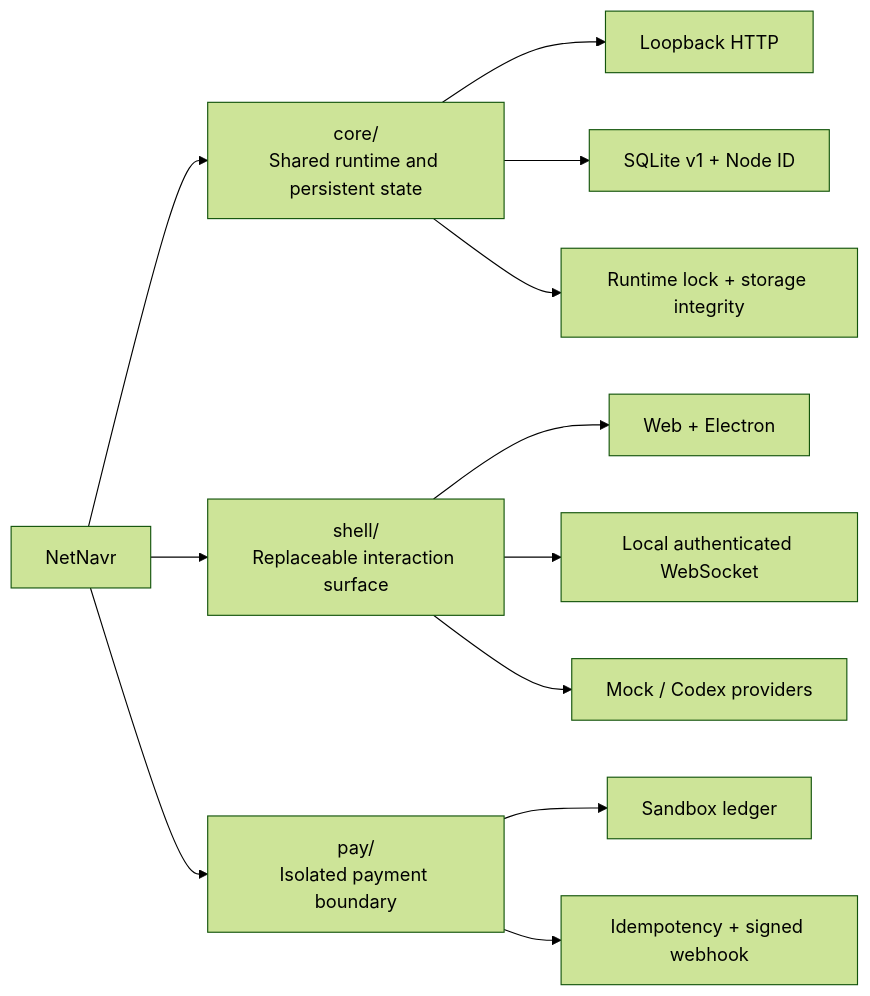
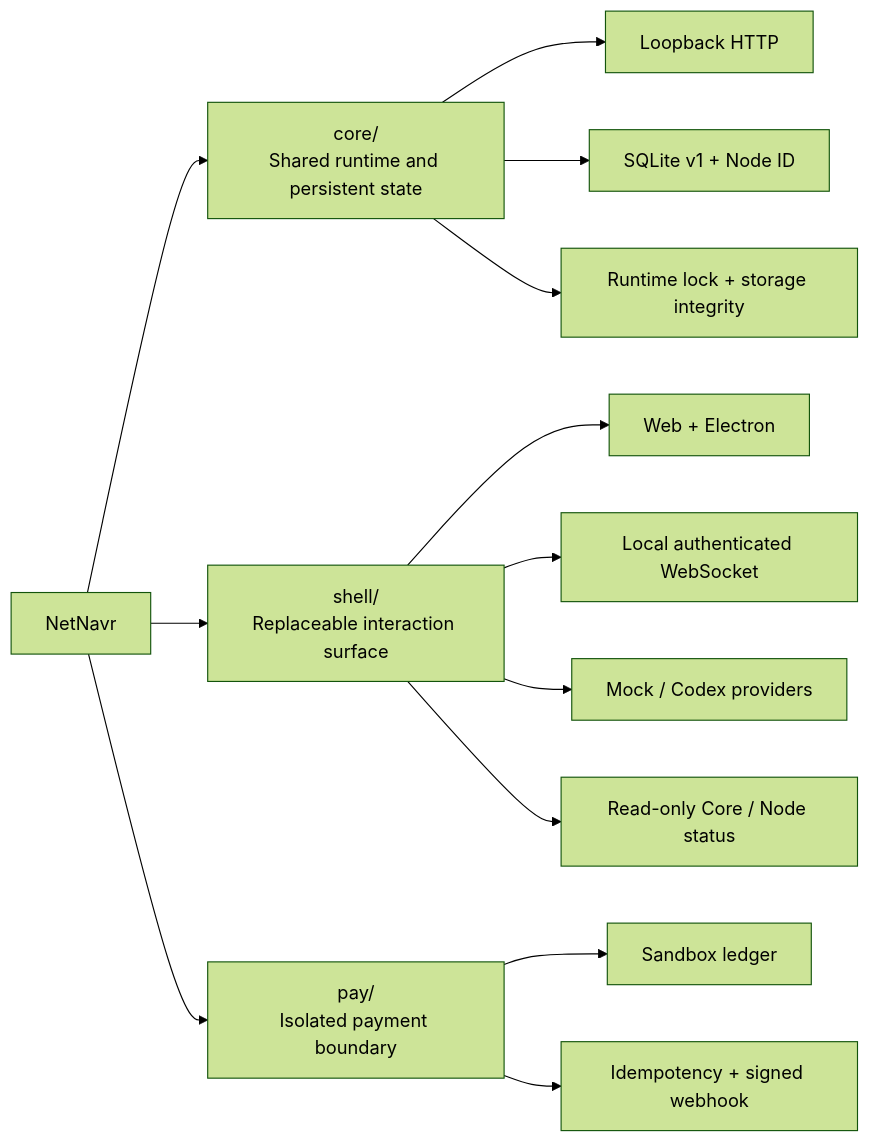
The diagram in README.md (PM100Fun/NetNavr), drawn with Mermaid (forest theme) before and after one commit. The commit also changed other lines of this file and 10 other files, not shown here.

First line of the commit message:
feat(shell): surface read-only Core node status (#14)

````diff
--- a/README.md
+++ b/README.md
@@ -109,17 +111,18 @@
 ```mermaid
 flowchart LR
     R["NetNavr"] --> C["core/<br/>Shared runtime and persistent state"]
     R --> S["shell/<br/>Replaceable interaction surface"]
     R --> P["pay/<br/>Isolated payment boundary"]
 
     C --> C1["Loopback HTTP"]
     C --> C2["SQLite v1 + Node ID"]
     C --> C3["Runtime lock + storage integrity"]
 
     S --> S1["Web + Electron"]
     S --> S2["Local authenticated WebSocket"]
     S --> S3["Mock / Codex providers"]
+    S --> S4["Read-only Core / Node status"]
 
     P --> P1["Sandbox ledger"]
     P --> P2["Idempotency + signed webhook"]
 ```
````
